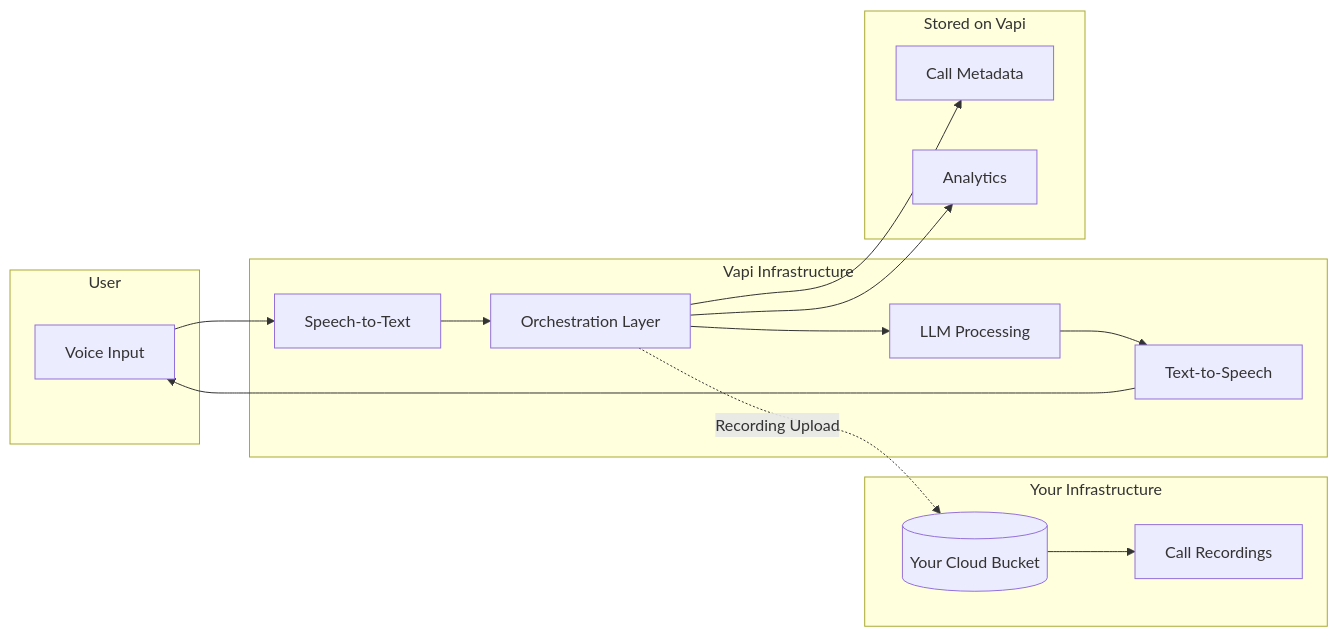
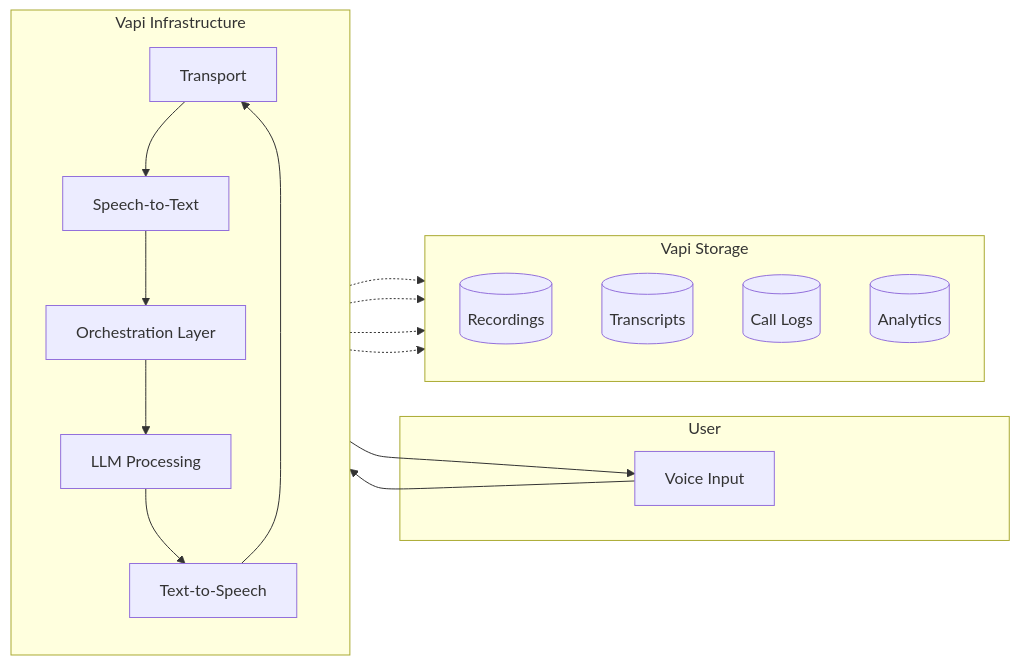
The second of 4 diagrams in fern/security-and-privacy/data-flow.mdx (VapiAI/docs), drawn with Mermaid before and after one commit. The commit also changed other lines of this file, not shown here.

First line of the commit message:
docs: enhance data flow documentation with detailed pipeline architecture

````diff
--- a/fern/security-and-privacy/data-flow.mdx
+++ b/fern/security-and-privacy/data-flow.mdx
@@ -56,28 +184,25 @@
 ```mermaid
 flowchart LR
     subgraph User["User"]
         A[Voice Input]
     end
     
     subgraph Vapi["Vapi Infrastructure"]
+        direction TB
+        T[Transport]
         B[Speech-to-Text]
         C[Orchestration Layer]
         D[LLM Processing]
         E[Text-to-Speech]
     end
     
-    subgraph Customer["Your Infrastructure"]
-        F[(Your Cloud Bucket)]
-        G[Call Recordings]
+    subgraph Storage["Vapi Storage"]
+        F[(Recordings)]
+        G[(Transcripts)]
+        H[(Call Logs)]
+        I[(Analytics)]
     end
     
-    subgraph VapiStored["Stored on Vapi"]
-        H[Call Metadata]
-        I[Analytics]
-    end
-    
-    A --> B --> C --> D --> E --> A
-    C -.->|Recording Upload| F
-    F --> G
-    C --> H & I
+    A --> T --> B --> C --> D --> E --> T --> A
+    B & C & D & E -.-> Storage
 ```
````
